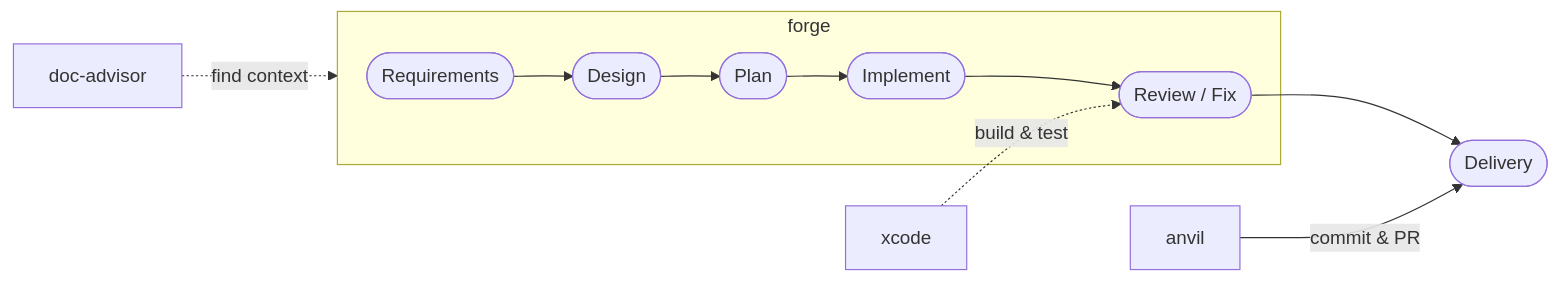
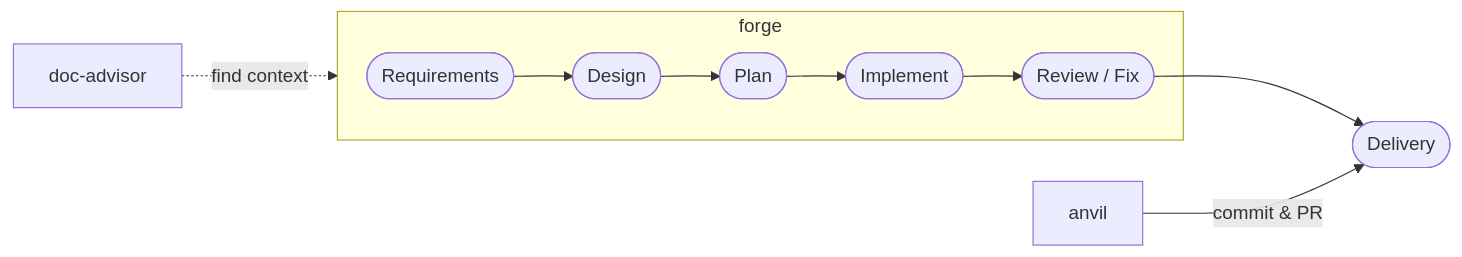
The first of 2 diagrams in README_en.md (BlueEventHorizon/bw-cc-plugins), drawn with Mermaid before and after one commit. The commit also changed other lines of this file and 21 other files, not shown here.

````diff
--- a/README_en.md
+++ b/README_en.md
@@ -24,10 +24,9 @@
 ```mermaid
 flowchart LR
     subgraph forge
         R([Requirements]) --> D([Design]) --> P([Plan]) --> I([Implement]) --> RF([Review / Fix])
     end
     RF --> DL([Delivery])
     DA[doc-advisor] -. find context .-> forge
     AV[anvil] -- commit & PR --> DL
-    XC[xcode] -. build & test .-> RF
 ```
````
